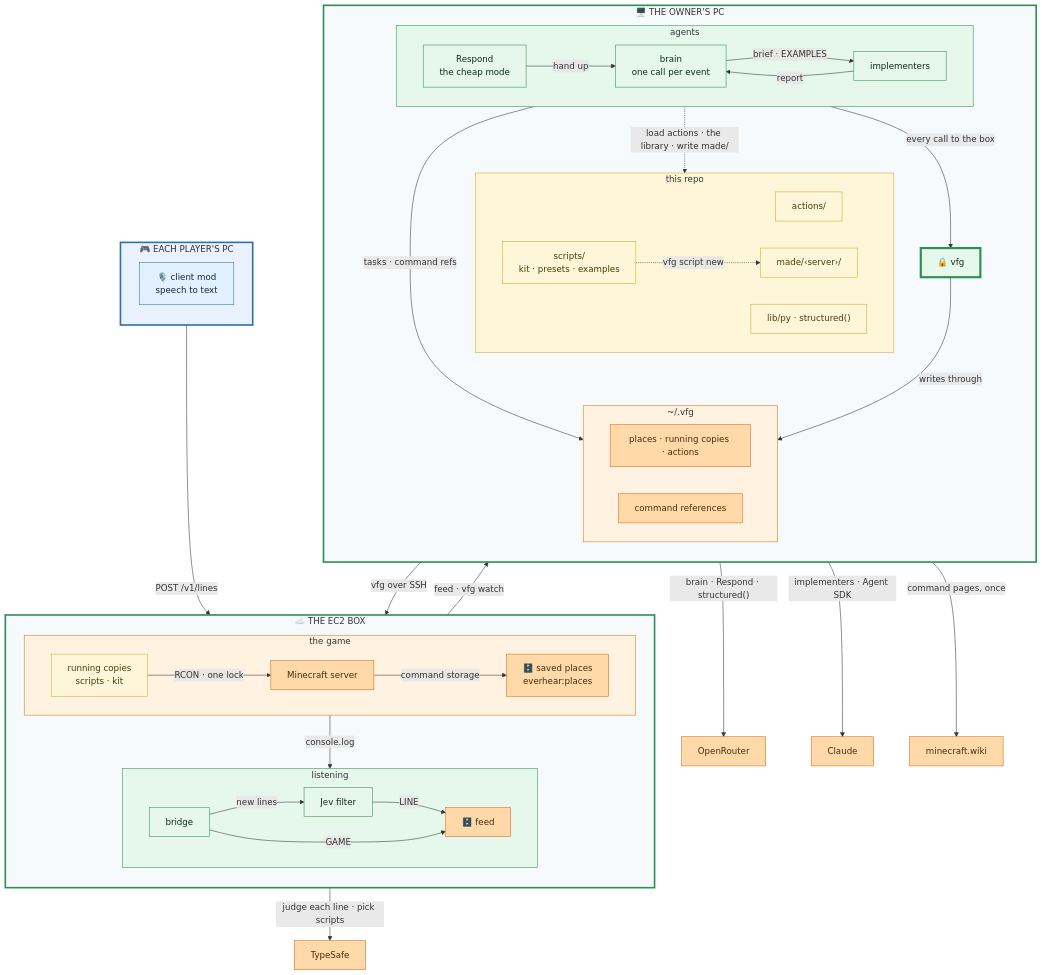
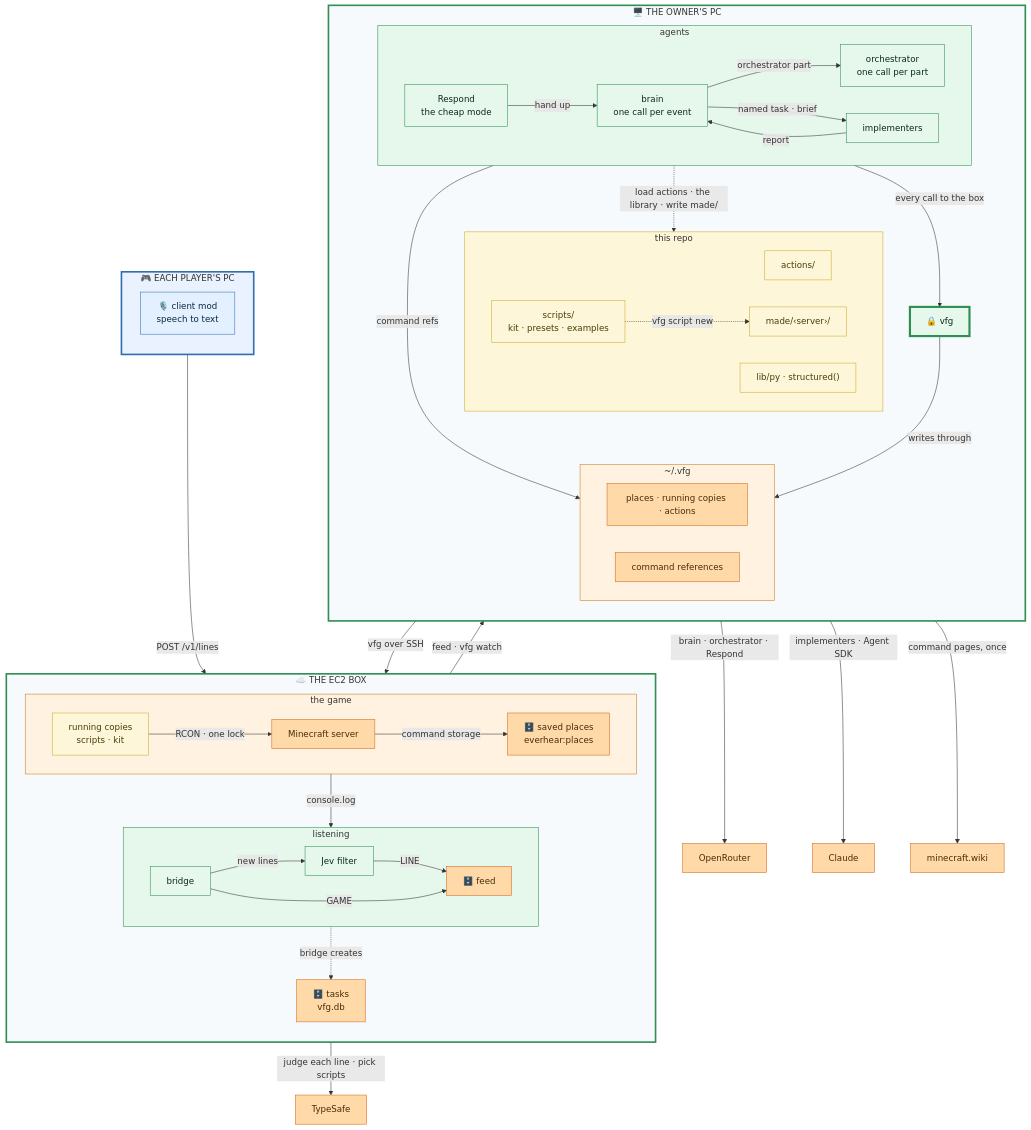
Before and after one commit to jesse51002/everhear: the diagram in README.md, drawn with Mermaid. The commit also changed other lines of this file and 4 other files, not shown here.

First line of the commit message:
docs: named tasks and the orchestrator call, in CONTRACTS and the READMEs

```diff
--- a/README.md
+++ b/README.md
@@ -31,7 +31,9 @@
       Run -->|"RCON · one lock"| MC
       MC -->|"command storage"| Places
     end
+    Tasks["🗄️ tasks<br/>vfg.db"]
     Game -->|"console.log"| Listen
+    Listen -.->|"bridge creates"| Tasks
   end
 
   subgraph Owner["🖥️ THE OWNER'S PC"]
@@ -39,9 +41,11 @@
     subgraph Agents["agents"]
       Brain["brain<br/>one call per event"]
       Respond["Respond<br/>the cheap mode"]
+      Orch["orchestrator<br/>one call per part"]
       Impl["implementers"]
       Respond -->|"hand up"| Brain
-      Brain -->|"brief · EXAMPLES"| Impl
+      Brain -->|"orchestrator part"| Orch
+      Brain -->|"named task · brief"| Impl
       Impl -->|"report"| Brain
     end
     Vfg["🔒 vfg"]
@@ -58,7 +62,7 @@
     end
     Agents -->|"every call to the box"| Vfg
     Agents -.->|"load actions · the library · write made/"| Repo
-    Agents -->|"tasks · command refs"| Home
+    Agents -->|"command refs"| Home
     Vfg -->|"writes through"| Home
   end
 
@@ -71,7 +75,7 @@
   Box -->|"feed · vfg watch"| Owner
   Owner -->|"vfg over SSH"| Box
   Box -->|"judge each line · pick scripts"| TypeSafe
-  Owner -->|"brain · Respond · structured()"| OpenRouter
+  Owner -->|"brain · orchestrator · Respond"| OpenRouter
   Owner -->|"implementers · Agent SDK"| Claude
   Owner -->|"command pages, once"| Wiki
 
@@ -81,8 +85,8 @@
   classDef ext    fill:#ffd9a8,stroke:#d2691e,color:#4a2c08;
   classDef tool   fill:#fdf6d8,stroke:#caab2f,color:#4a3d08;
   class Mod client;
-  class Bridge,Jev,Brain,Respond,Impl,Vfg svc;
-  class Feed,MC,Places,Cache,Refs,TypeSafe,OpenRouter,Claude,Wiki ext;
+  class Bridge,Jev,Brain,Respond,Orch,Impl,Vfg svc;
+  class Feed,Tasks,MC,Places,Cache,Refs,TypeSafe,OpenRouter,Claude,Wiki ext;
   class Run,Actions,Library,Made,Lib tool;
   style Player fill:#eaf2ff,stroke:#2f6fb0,stroke-width:3px;
   style Box fill:#f7fafc,stroke:#2f8f53,stroke-width:3px;
```
